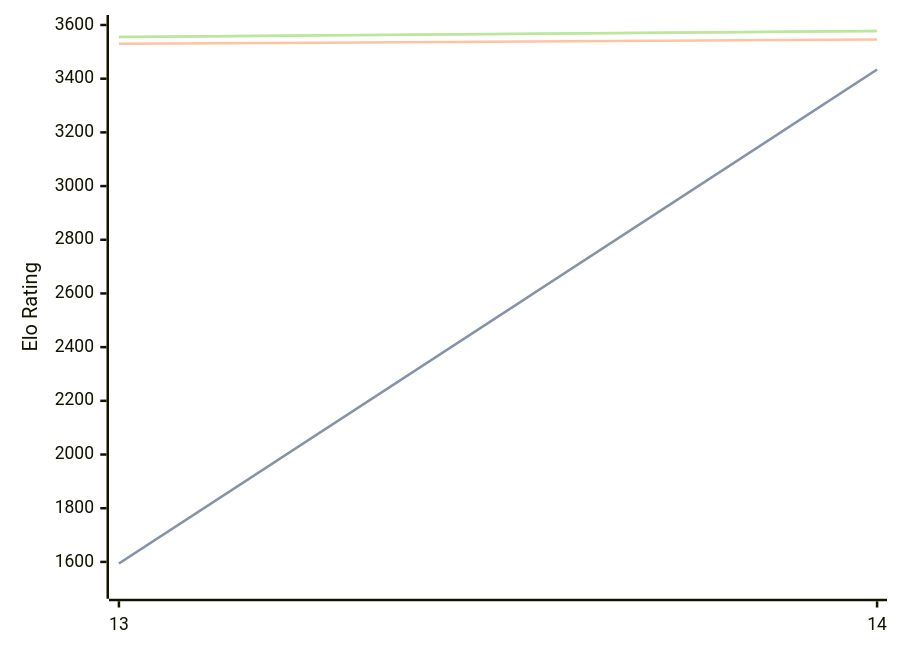
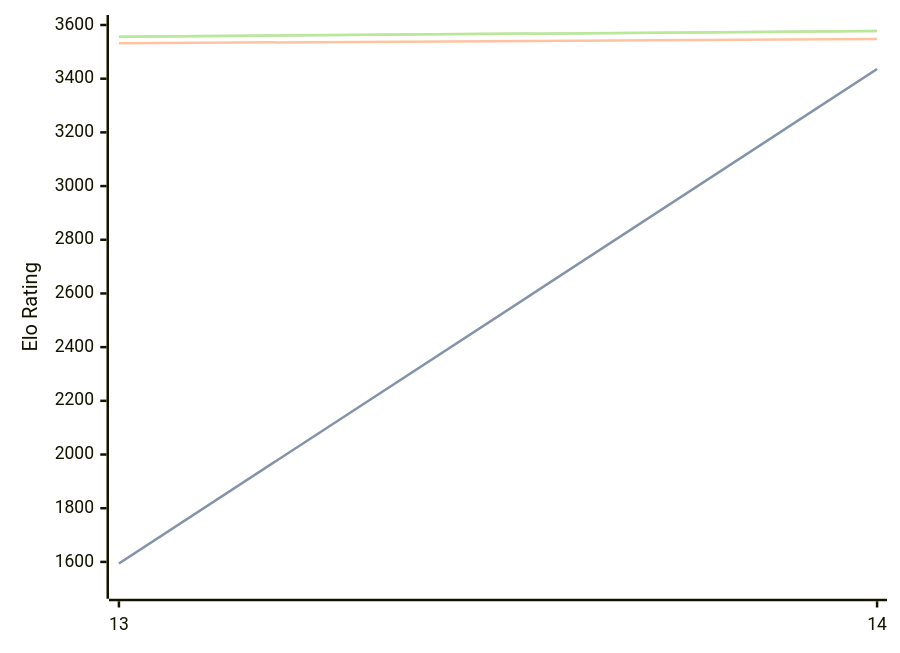
One commit to computer-chess-index/cci changed the diagram in engines/Berserk.md. Above: the diagram before and after it, drawn with Mermaid. The commit also changed other lines of this file, not shown here.

Commit message:
Update CCI Ratings (ELO VLTC) - 2026-09-09

````diff
--- a/engines/Berserk.md
+++ b/engines/Berserk.md
@@ -33,11 +33,11 @@
 ```mermaid
 %%{init: {"theme":"base","themeVariables":{"seriesColors:['#a3a3a3','#222221','#faa371']}}}%%
 xychart-beta
   x-axis ["13", "14"]
   y-axis "Elo Rating" 1500 --> 3600
-  line "" [1594, 3434]
-  line "STC (8.0+0.08s)" [1594, 3434]
-  line "LTC (60.0+0.60s)" [3530, 3546]
-  line "" [3555, 3578]
-  line "VLTC (2m24s+1.12s)" [3555, 3578]
+  line "" [1594, 3436]
+  line "STC (8.0+0.08s)" [1594, 3436]
+  line "LTC (60.0+0.60s)" [3532, 3548]
+  line "" [3556, 3578]
+  line "VLTC (2m24s+1.12s)" [3556, 3578]
 ```
````
